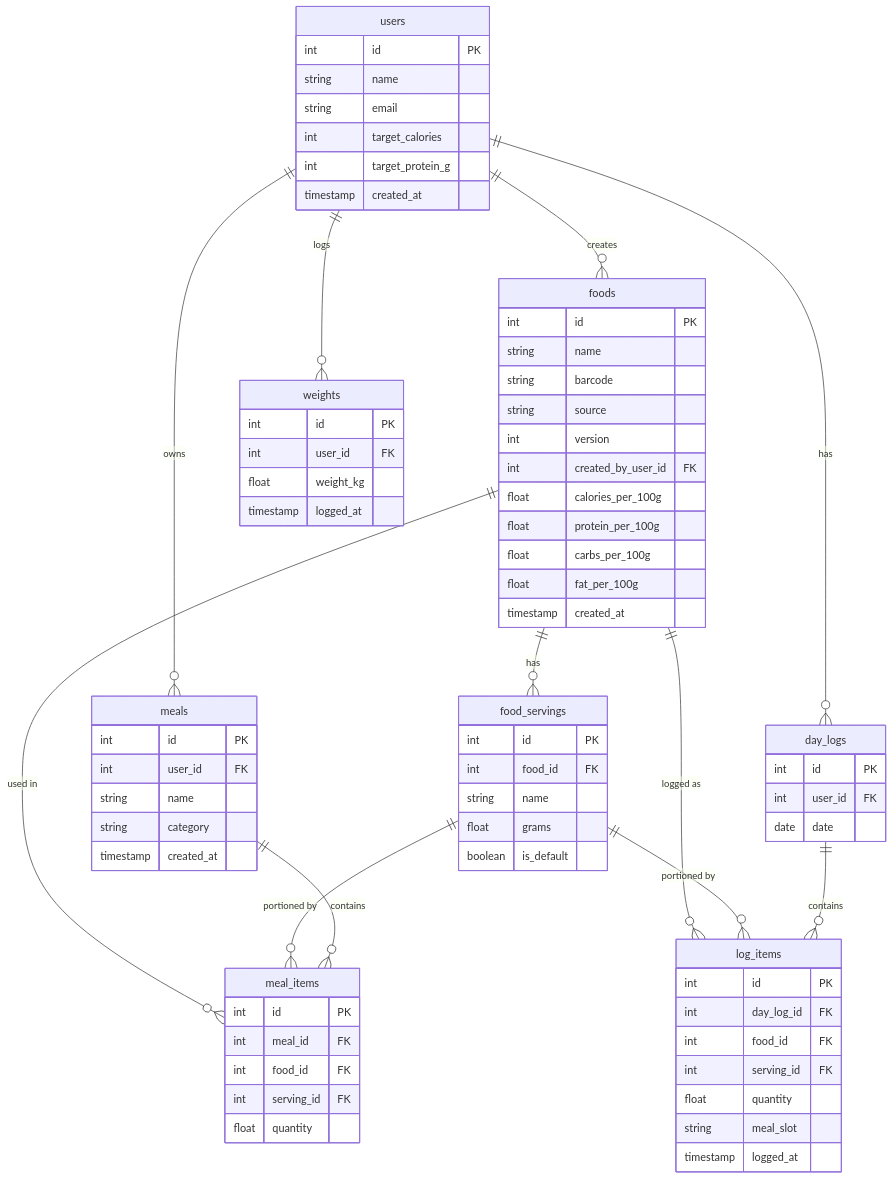
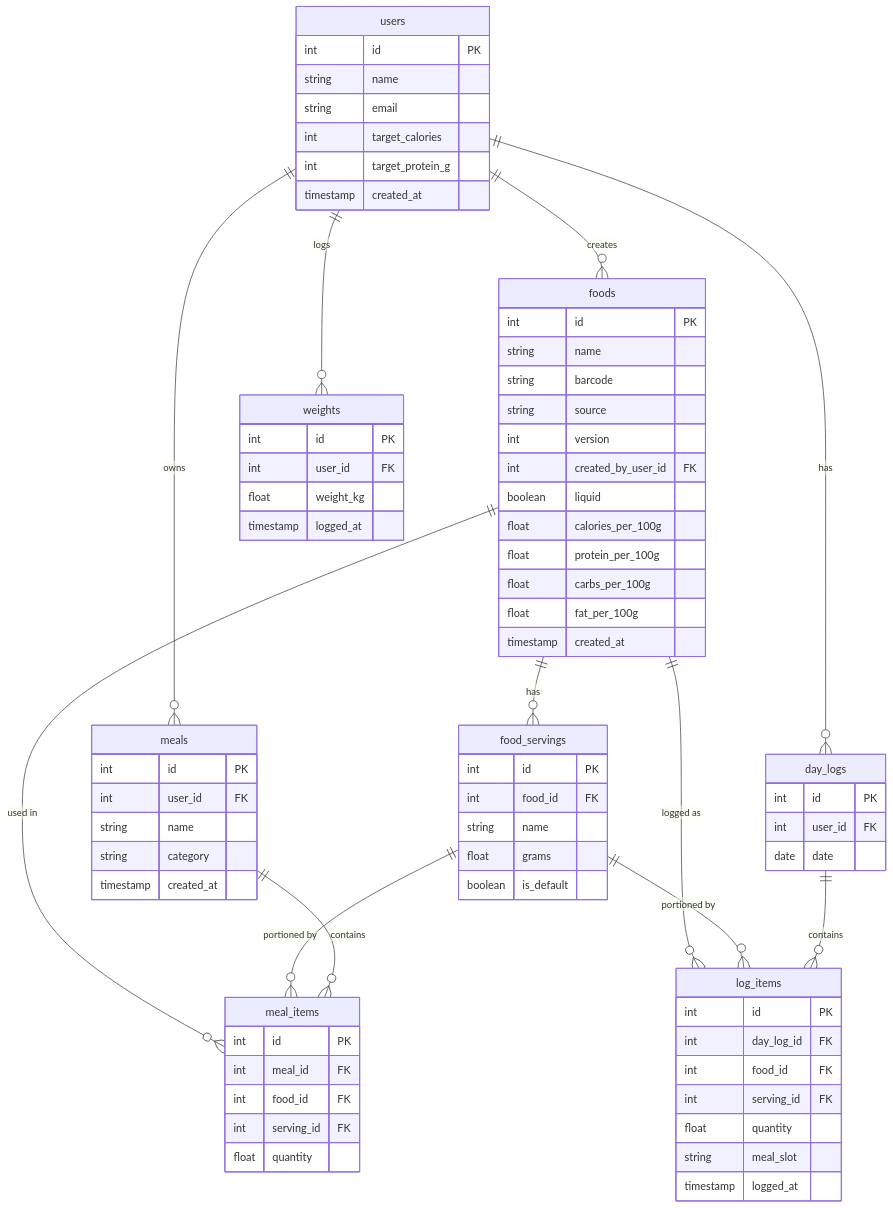
The diagram in database/schema.md (Kevintrf/MyFoodHabits), drawn with Mermaid before and after one commit. The commit also changed other lines of this file, not shown here.

Commit message:
Add liquid boolean to foods

```diff
--- a/database/schema.md
+++ b/database/schema.md
@@ -20,6 +20,7 @@
         string source
         int version
         int created_by_user_id FK
+        boolean liquid
         float calories_per_100g
         float protein_per_100g
         float carbs_per_100g
```
